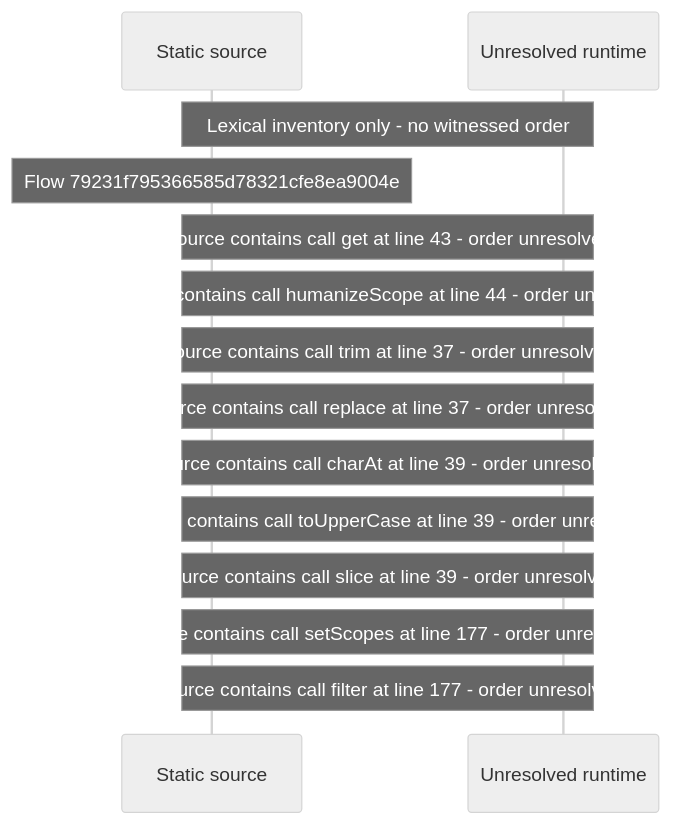
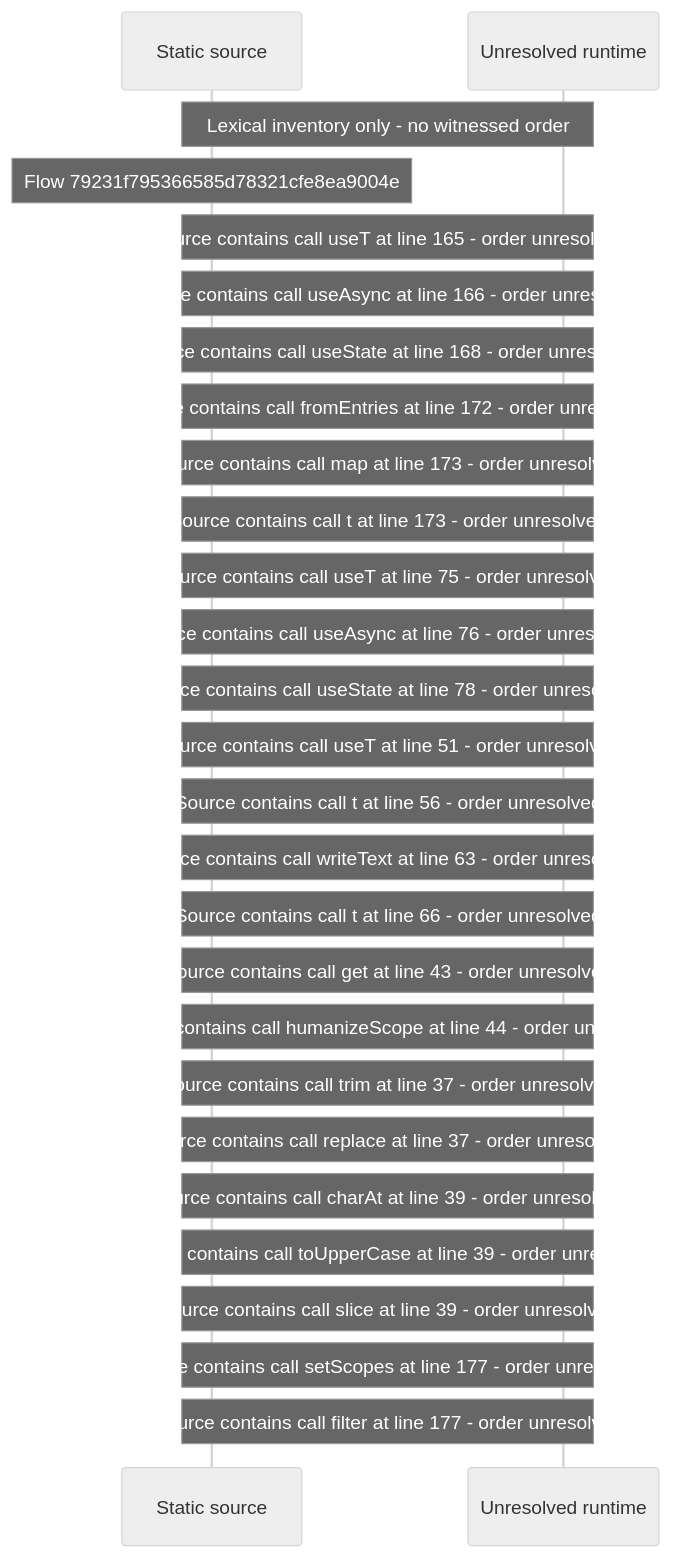
One commit to beamfall/core changed the diagram in docs/web/flows/generated/79231f795366585d78321cfe8ea9004e/flow-diagram.md. Above: the diagram before and after it, drawn with Mermaid (neutral theme). The commit also changed other lines of this file and 699 other files, not shown here.

Commit message:
Regenerate the web flow record with flow generator version 5

````diff
--- a/docs/web/flows/generated/79231f795366585d78321cfe8ea9004e/flow-diagram.md
+++ b/docs/web/flows/generated/79231f795366585d78321cfe8ea9004e/flow-diagram.md
@@ -10,16 +10,29 @@
 ```mermaid
 sequenceDiagram
     participant S as Static source
     participant U as Unresolved runtime
     Note over S,U: Lexical inventory only - no witnessed order
     Note over S: Flow 79231f795366585d78321cfe8ea9004e
+    Note over S,U: Source contains call useT at line 165 - order unresolved
+    Note over S,U: Source contains call useAsync at line 166 - order unresolved
+    Note over S,U: Source contains call useState at line 168 - order unresolved
+    Note over S,U: Source contains call fromEntries at line 172 - order unresolved
+    Note over S,U: Source contains call map at line 173 - order unresolved
+    Note over S,U: Source contains call t at line 173 - order unresolved
+    Note over S,U: Source contains call useT at line 75 - order unresolved
+    Note over S,U: Source contains call useAsync at line 76 - order unresolved
+    Note over S,U: Source contains call useState at line 78 - order unresolved
+    Note over S,U: Source contains call useT at line 51 - order unresolved
+    Note over S,U: Source contains call t at line 56 - order unresolved
+    Note over S,U: Source contains call writeText at line 63 - order unresolved
+    Note over S,U: Source contains call t at line 66 - order unresolved
     Note over S,U: Source contains call get at line 43 - order unresolved
     Note over S,U: Source contains call humanizeScope at line 44 - order unresolved
     Note over S,U: Source contains call trim at line 37 - order unresolved
     Note over S,U: Source contains call replace at line 37 - order unresolved
     Note over S,U: Source contains call charAt at line 39 - order unresolved
     Note over S,U: Source contains call toUpperCase at line 39 - order unresolved
     Note over S,U: Source contains call slice at line 39 - order unresolved
     Note over S,U: Source contains call setScopes at line 177 - order unresolved
     Note over S,U: Source contains call filter at line 177 - order unresolved
 ```
````
